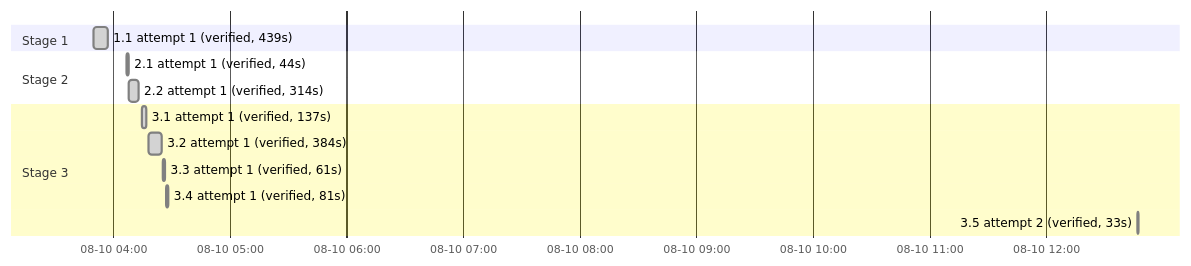
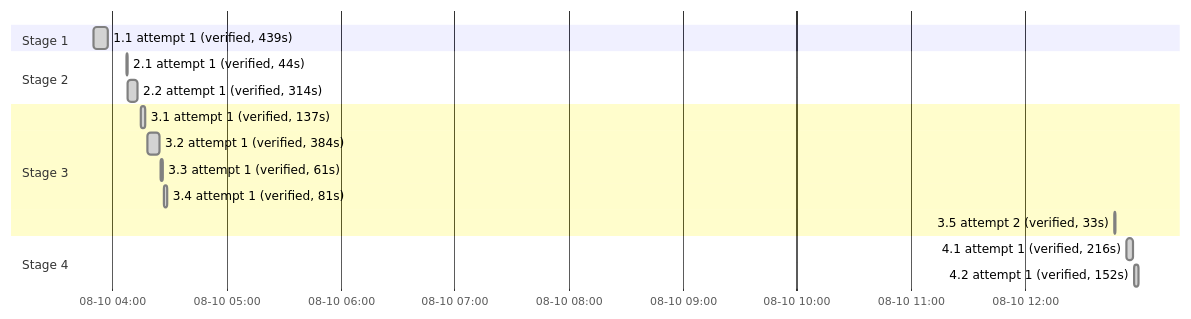
Before and after one commit to sohampatwardhan/json-tables: the diagram in .specs/json-visualizer/05_execution.md, drawn with Mermaid. The commit also changed other lines of this file and 11 other files, not shown here.

````diff
--- a/.specs/json-visualizer/05_execution.md
+++ b/.specs/json-visualizer/05_execution.md
@@ -55,16 +57,19 @@
 ```mermaid
 gantt
     dateFormat YYYY-MM-DDTHH:mm:ss
     axisFormat %m-%d %H:%M
     section Stage 1
     1.1 attempt 1 (verified, 439s) :done, b_1_1_attempt1, 2026-08-10T03:49:55, 2026-08-10T03:57:14
     section Stage 2
     2.1 attempt 1 (verified, 44s) :done, b_2_1_attempt1, 2026-08-10T04:07:06, 2026-08-10T04:07:50
     2.2 attempt 1 (verified, 314s) :done, b_2_2_attempt1, 2026-08-10T04:07:50, 2026-08-10T04:13:04
     section Stage 3
     3.1 attempt 1 (verified, 137s) :done, b_3_1_attempt1, 2026-08-10T04:14:51, 2026-08-10T04:17:08
     3.2 attempt 1 (verified, 384s) :done, b_3_2_attempt1, 2026-08-10T04:18:23, 2026-08-10T04:24:47
     3.3 attempt 1 (verified, 61s) :done, b_3_3_attempt1, 2026-08-10T04:25:25, 2026-08-10T04:26:26
     3.4 attempt 1 (verified, 81s) :done, b_3_4_attempt1, 2026-08-10T04:27:06, 2026-08-10T04:28:27
     3.5 attempt 2 (verified, 33s) :done, b_3_5_attempt2, 2026-08-10T12:46:56, 2026-08-10T12:47:29
+    section Stage 4
+    4.1 attempt 1 (verified, 216s) :done, b_4_1_attempt1, 2026-08-10T12:53:16, 2026-08-10T12:56:52
+    4.2 attempt 1 (verified, 152s) :done, b_4_2_attempt1, 2026-08-10T12:57:21, 2026-08-10T12:59:53
 ```
````
